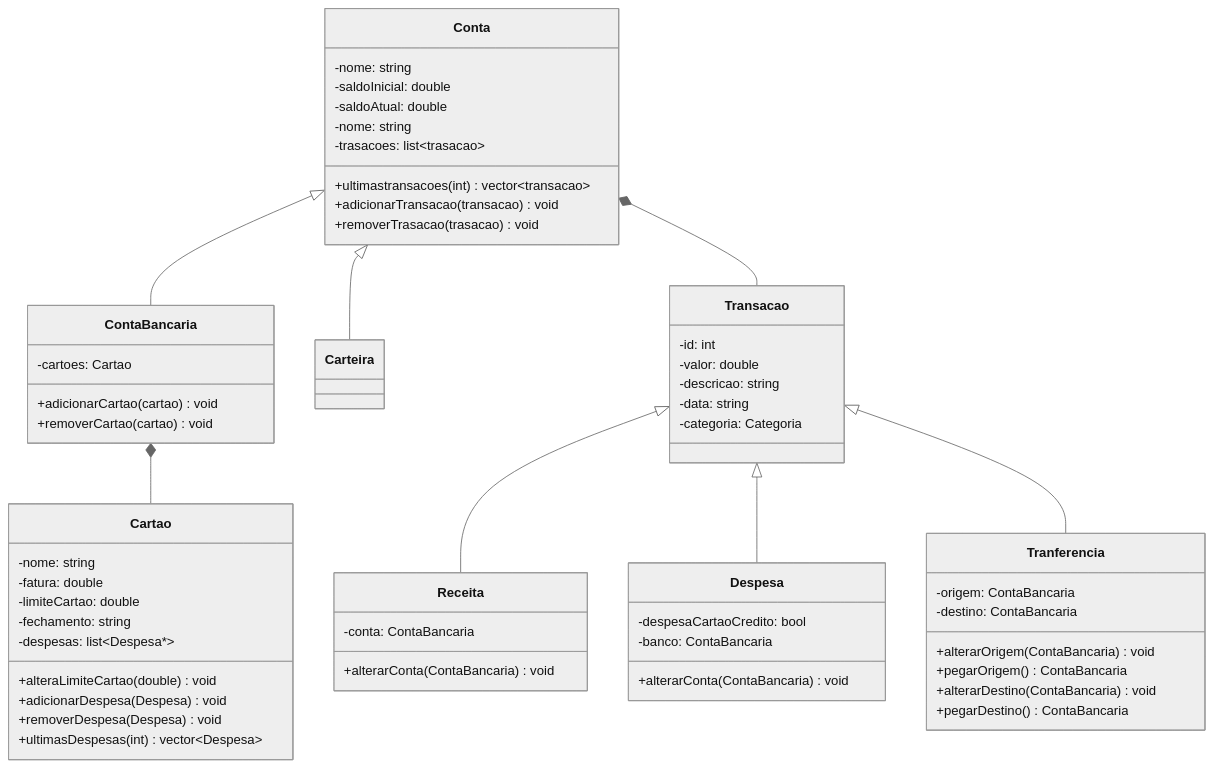
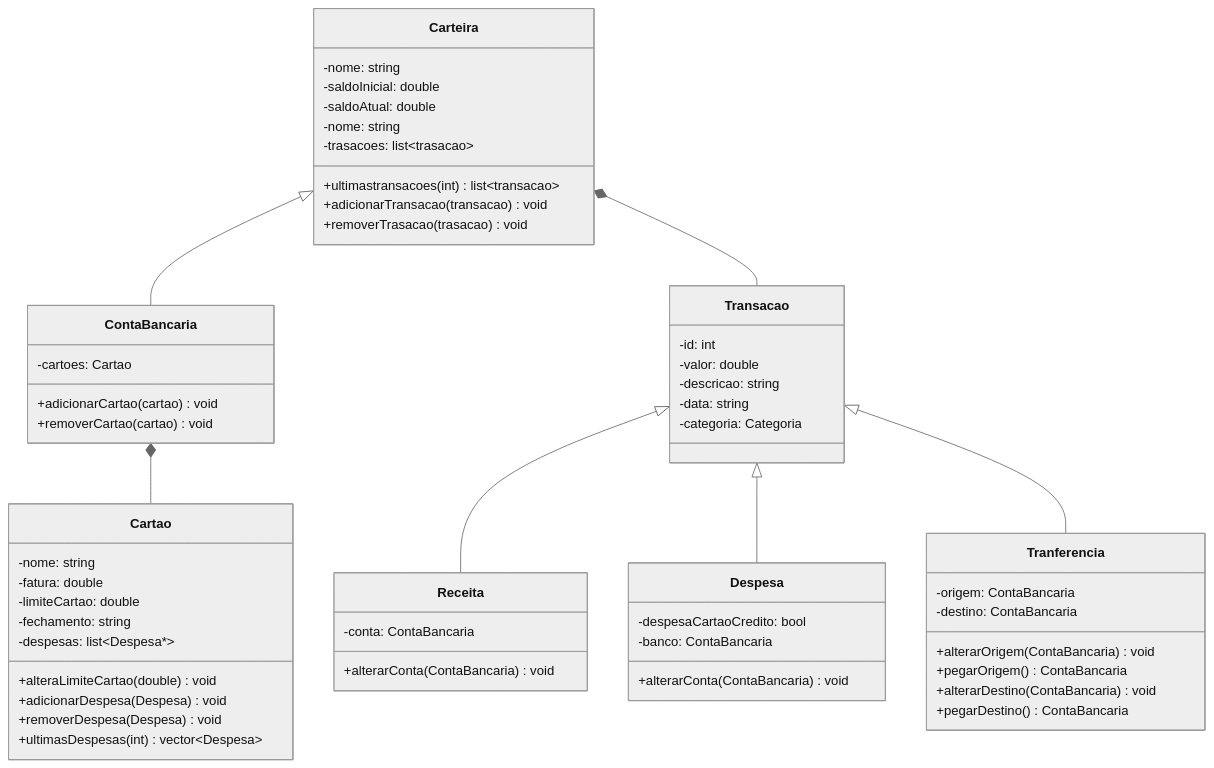
One commit to Le0-1/projeto-final-pd2 changed the diagram in docs/diagrama.md. Above: the diagram before and after it, drawn with Mermaid (neutral theme).

Commit message:
Renomear classe 'conta' para carteira e alterar tipo do metodo 'UltimasTransacoes'

````diff
--- a/docs/diagrama.md
+++ b/docs/diagrama.md
@@ -1,81 +1,76 @@
 ```mermaid
 classDiagram
 
-Conta <|-- ContaBancaria
-Conta <|-- Carteira
+Carteira <|-- ContaBancaria
 
-Conta *-- Transacao
+Carteira *-- Transacao
 ContaBancaria *-- Cartao
 
-class Conta {
+class Carteira {
     -nome: string
     -saldoInicial: double
     -saldoAtual: double
     -nome: string
     -trasacoes: list~trasacao~
 
-    +ultimastransacoes(int) vector~transacao~
+    +ultimastransacoes(int) list~transacao~
     +adicionarTransacao(transacao) void
     +removerTrasacao(trasacao) void
 }
 
 class ContaBancaria {
     -cartoes: Cartao
 
     +adicionarCartao(cartao) void
     +removerCartao(cartao) void
-}
-
-class Carteira {
-                   
 }
 
 class Cartao {
     -nome: string
     -fatura: double
     -limiteCartao: double
     -fechamento: string
     -despesas: list~Despesa*~
 
     +alteraLimiteCartao(double) void
     +adicionarDespesa(Despesa) void
     +removerDespesa(Despesa) void
     +ultimasDespesas(int) vector~Despesa~
     
 }
 
 Transacao <|-- Receita
 Transacao <|-- Despesa
 Transacao <|-- Tranferencia
 
 class Transacao {
     -id: int
     -valor: double
     -descricao: string
     -data: string
     -categoria: Categoria
 }
 
 class Receita {
     -conta: ContaBancaria 
 
     +alterarConta(ContaBancaria) void
 }
 
 class Despesa {
     -despesaCartaoCredito: bool
     -banco: ContaBancaria
 
     +alterarConta(ContaBancaria) void
 }
 
 class Tranferencia {
     -origem: ContaBancaria
     -destino: ContaBancaria
 
     +alterarOrigem(ContaBancaria) void
     +pegarOrigem() ContaBancaria
     +alterarDestino(ContaBancaria) void
     +pegarDestino() ContaBancaria
 }
 ```
````
